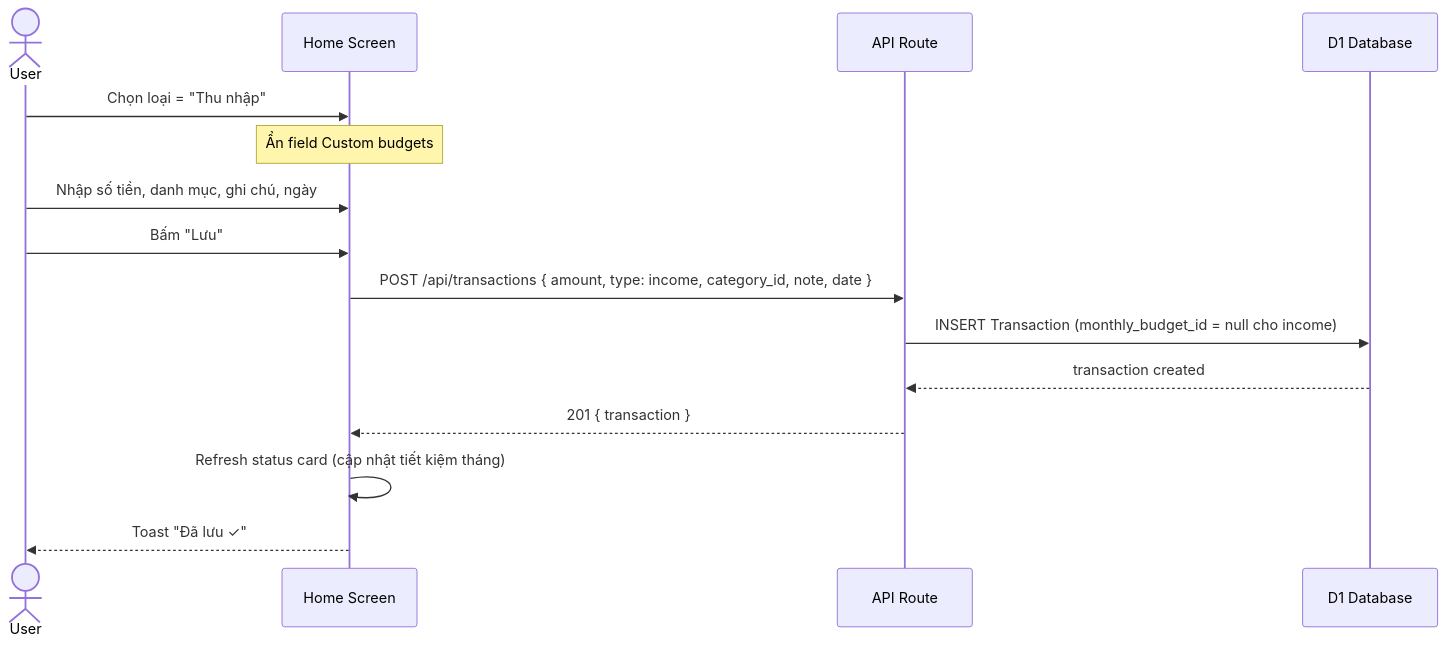
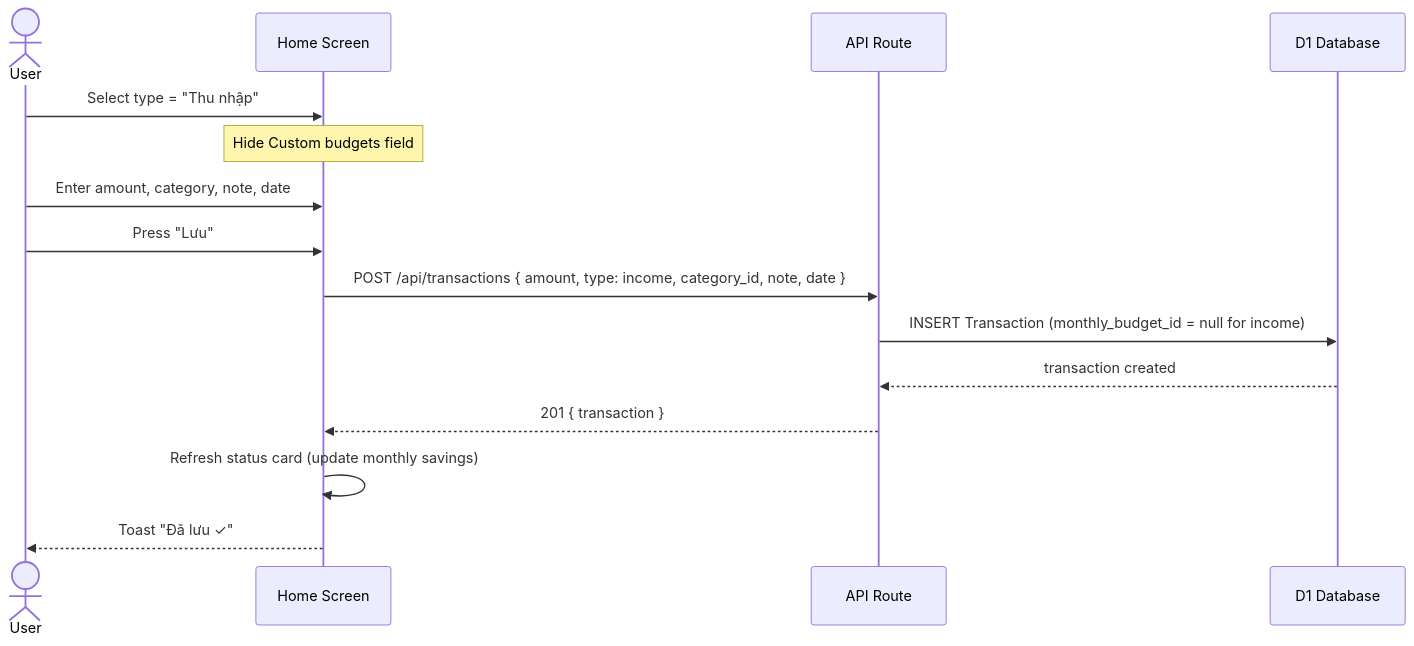
Before and after one commit to niits/personal-finance: the third of 10 diagrams in docs/FLOWS.md, drawn with Mermaid. The commit also changed other lines of this file and 3 other files, not shown here.

````diff
--- a/docs/FLOWS.md
+++ b/docs/FLOWS.md
@@ -84,20 +84,20 @@
 ```mermaid
 sequenceDiagram
     actor User
     participant Home as Home Screen
     participant API as API Route
     participant DB as D1 Database
 
-    User->>Home: Chọn loại = "Thu nhập"
-    Note over Home: Ẩn field Custom budgets
-    User->>Home: Nhập số tiền, danh mục, ghi chú, ngày
-    User->>Home: Bấm "Lưu"
+    User->>Home: Select type = "Thu nhập"
+    Note over Home: Hide Custom budgets field
+    User->>Home: Enter amount, category, note, date
+    User->>Home: Press "Lưu"
 
     Home->>API: POST /api/transactions { amount, type: income, category_id, note, date }
 
-    API->>DB: INSERT Transaction (monthly_budget_id = null cho income)
+    API->>DB: INSERT Transaction (monthly_budget_id = null for income)
     DB-->>API: transaction created
     API-->>Home: 201 { transaction }
-    Home->>Home: Refresh status card (cập nhật tiết kiệm tháng)
+    Home->>Home: Refresh status card (update monthly savings)
     Home-->>User: Toast "Đã lưu ✓"
 ```
````
